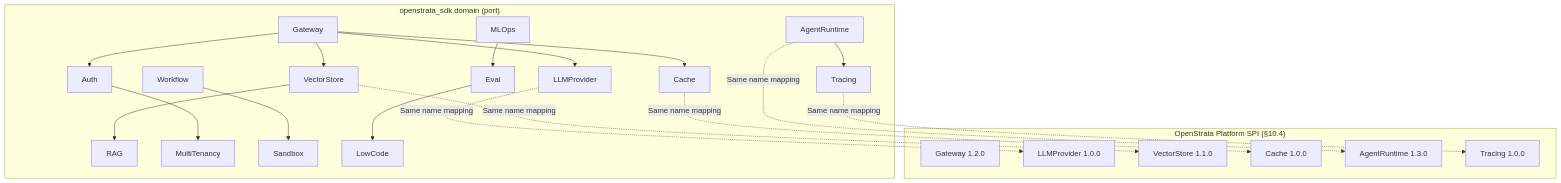
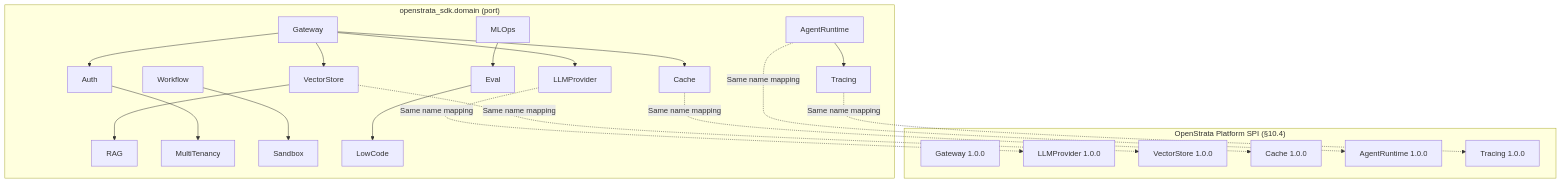
Before and after one commit to open-strata-ai/ai-sdk-python: the third of 4 diagrams in design/DESIGN.md, drawn with Mermaid. The commit also changed other lines of this file and 5 other files, not shown here.

````diff
--- a/design/DESIGN.md
+++ b/design/DESIGN.md
@@ -333,22 +333,22 @@
 ```mermaid
 graph TB
     subgraph "openstrata_sdk.domain (port)"
         G["Gateway"] --> LP["LLMProvider"]
         G --> VS["VectorStore"] --> RAG["RAG"]
         G --> CA["Cache"]
         AR["AgentRuntime"] --> T["Tracing"]
         G --> AUTH["Auth"] --> MT["MultiTenancy"]
         WF["Workflow"] --> SB["Sandbox"]
         ML["MLOps"] --> EV["Eval"] --> LC["LowCode"]
     end
     subgraph "OpenStrata Platform SPI (§10.4)"
-        PG["Gateway 1.2.0"]; PLP["LLMProvider 1.0.0"]
-        PVS["VectorStore 1.1.0"]; PCA["Cache 1.0.0"]
-        PAR["AgentRuntime 1.3.0"]; PTR["Tracing 1.0.0"]
+        PG["Gateway 1.0.0"]; PLP["LLMProvider 1.0.0"]
+        PVS["VectorStore 1.0.0"]; PCA["Cache 1.0.0"]
+        PAR["AgentRuntime 1.0.0"]; PTR["Tracing 1.0.0"]
     end
     LP -.->|"Same name mapping"| PLP
     VS -.->|"Same name mapping"| PVS
     CA -.->|"Same name mapping"| PCA
     AR -.->|"Same name mapping"| PAR
     T  -.->|"Same name mapping"| PTR
 ```
````
